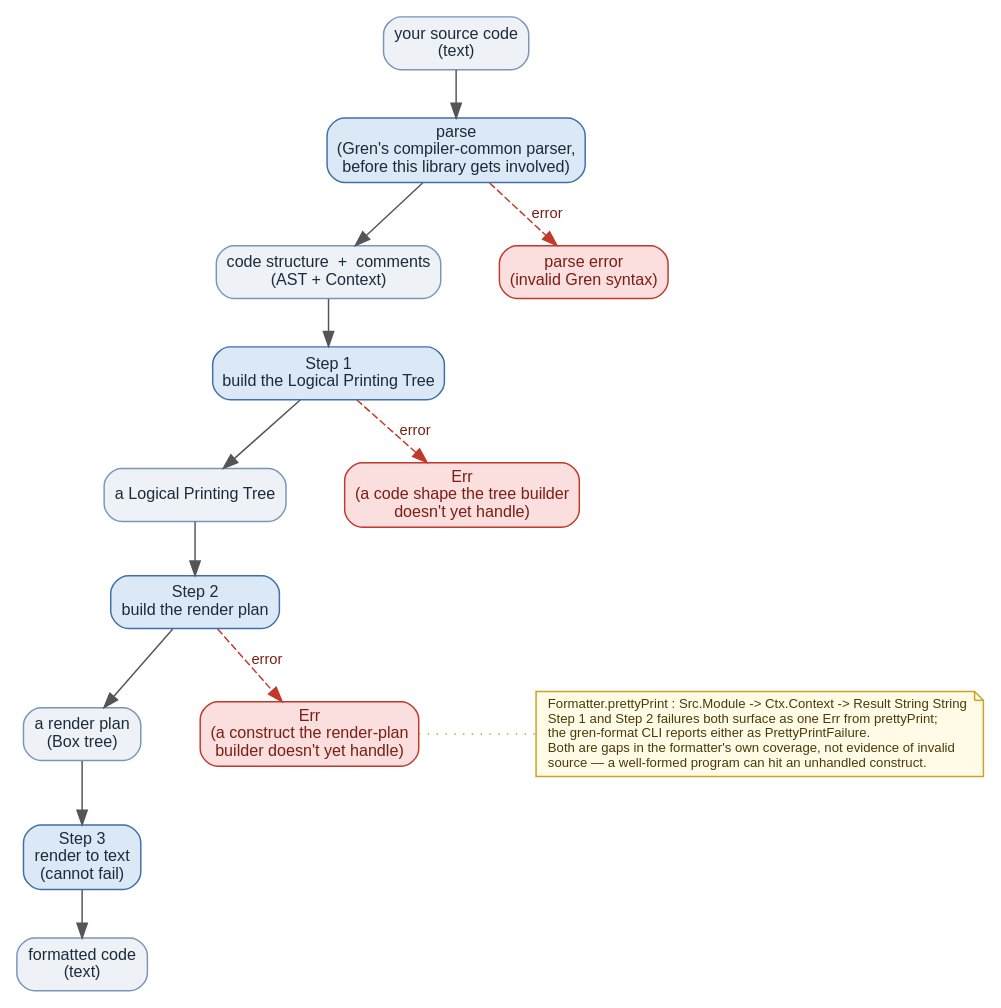
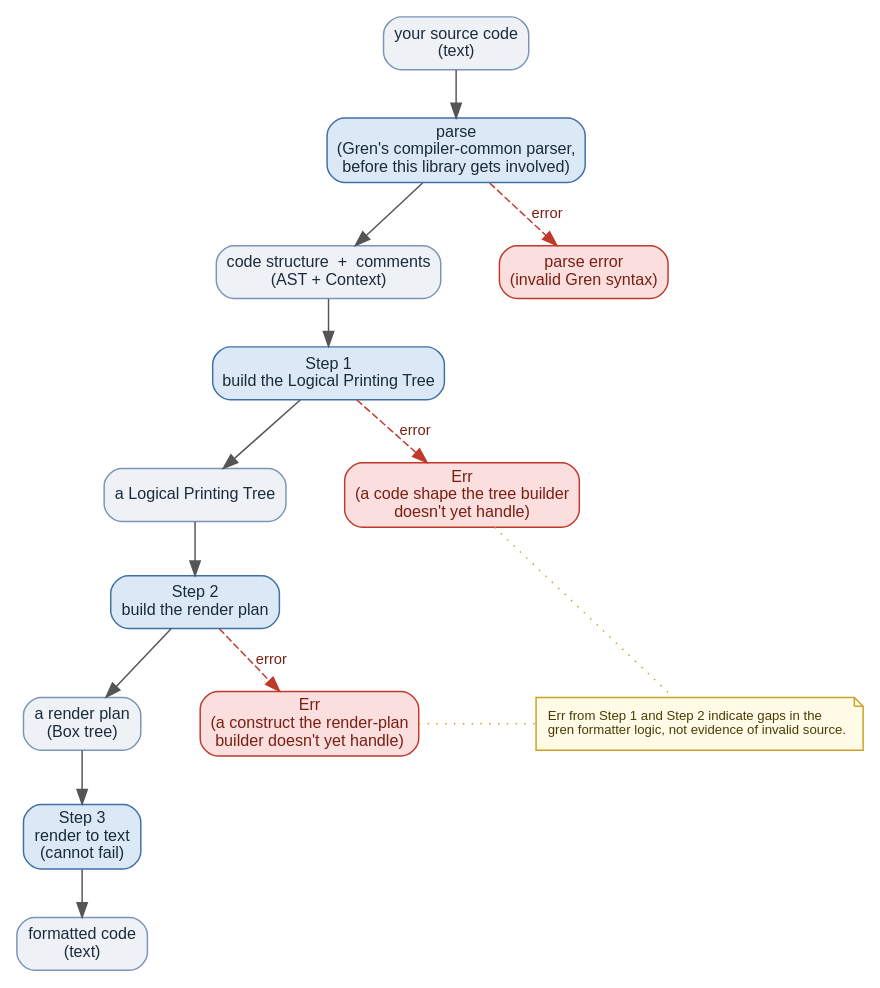
Before and after one commit to gilramir/gren-format-lib: the diagram in docs/diagrams/formatter-pipeline.dot, drawn with Graphviz. The commit also changed 12 other files, not shown here.

```diff
--- a/docs/diagrams/formatter-pipeline.dot
+++ b/docs/diagrams/formatter-pipeline.dot
@@ -1,57 +1,58 @@
 digraph FormatterPipeline {
     rankdir=TB;
     bgcolor="white";
     fontname="Helvetica,Arial,sans-serif";
     fontsize=12;
     ranksep=0.45;
     nodesep=0.55;
 
     node [fontname="Helvetica,Arial,sans-serif", fontsize=11];
     edge [fontname="Helvetica,Arial,sans-serif", fontsize=10, color="#555555"];
 
     // Data nodes
     node [shape=box, style="rounded,filled", fillcolor="#eef2f7", color="#7a95b8", fontcolor="#1c2b3a"];
     source     [label="your source code\n(text)"];
     astCtx     [label="code structure  +  comments\n(AST + Context)"];
     lpt        [label="a Logical Printing Tree"];
     renderPlan [label="a render plan\n(Box tree)"];
     formatted  [label="formatted code\n(text)"];
 
     // Process nodes
     node [shape=box, style="rounded,filled", fillcolor="#dbe9f7", color="#3f6fa8", fontcolor="#1c2b3a"];
     parse [label="parse\n(Gren's compiler-common parser,\nbefore this library gets involved)"];
     step1 [label="Step 1\nbuild the Logical Printing Tree"];
     step2 [label="Step 2\nbuild the render plan"];
     step3 [label="Step 3\nrender to text\n(cannot fail)"];
 
     // Error / failure nodes
     node [shape=box, style="rounded,filled", fillcolor="#fbdede", color="#c0392b", fontcolor="#7a1f13"];
     parseFail [label="parse error\n(invalid Gren syntax)"];
     step1Fail [label="Err\n(a code shape the tree builder\ndoesn't yet handle)"];
     step2Fail [label="Err\n(a construct the render-plan\nbuilder doesn't yet handle)"];
 
     // Explanatory note
     node [shape=note, style=filled, fillcolor="#fffbe6", color="#c9a227", fontcolor="#4a3b06", fontsize=9];
-    errNote [label="Formatter.prettyPrint : Src.Module -> Ctx.Context -> Result String String\lStep 1 and Step 2 failures both surface as one Err from prettyPrint;\lthe gren-format CLI reports either as PrettyPrintFailure.\lBoth are gaps in the formatter's own coverage, not evidence of invalid\lsource — a well-formed program can hit an unhandled construct.\l"];
+    errNote [label="Err from Step 1 and Step 2 indicate gaps in the\lgren formatter logic, not evidence of invalid source.\l"];
 
     // Main flow
     source -> parse;
     parse  -> astCtx;
     astCtx -> step1;
     step1  -> lpt;
     lpt    -> step2;
     step2  -> renderPlan;
     renderPlan -> step3;
     step3  -> formatted;
 
     // Error branches
     parse -> parseFail [style=dashed, color="#c0392b", fontcolor="#7a1f13", label="error"];
     step1 -> step1Fail [style=dashed, color="#c0392b", fontcolor="#7a1f13", label="error"];
     step2 -> step2Fail [style=dashed, color="#c0392b", fontcolor="#7a1f13", label="error"];
 
+    step1Fail -> errNote [style=dotted, arrowhead=none, color="#c9a227", constraint=false];
     step2Fail -> errNote [style=dotted, arrowhead=none, color="#c9a227", constraint=false];
 
     { rank=same; astCtx; parseFail }
     { rank=same; lpt; step1Fail }
     { rank=same; renderPlan; step2Fail; errNote }
 }
```
